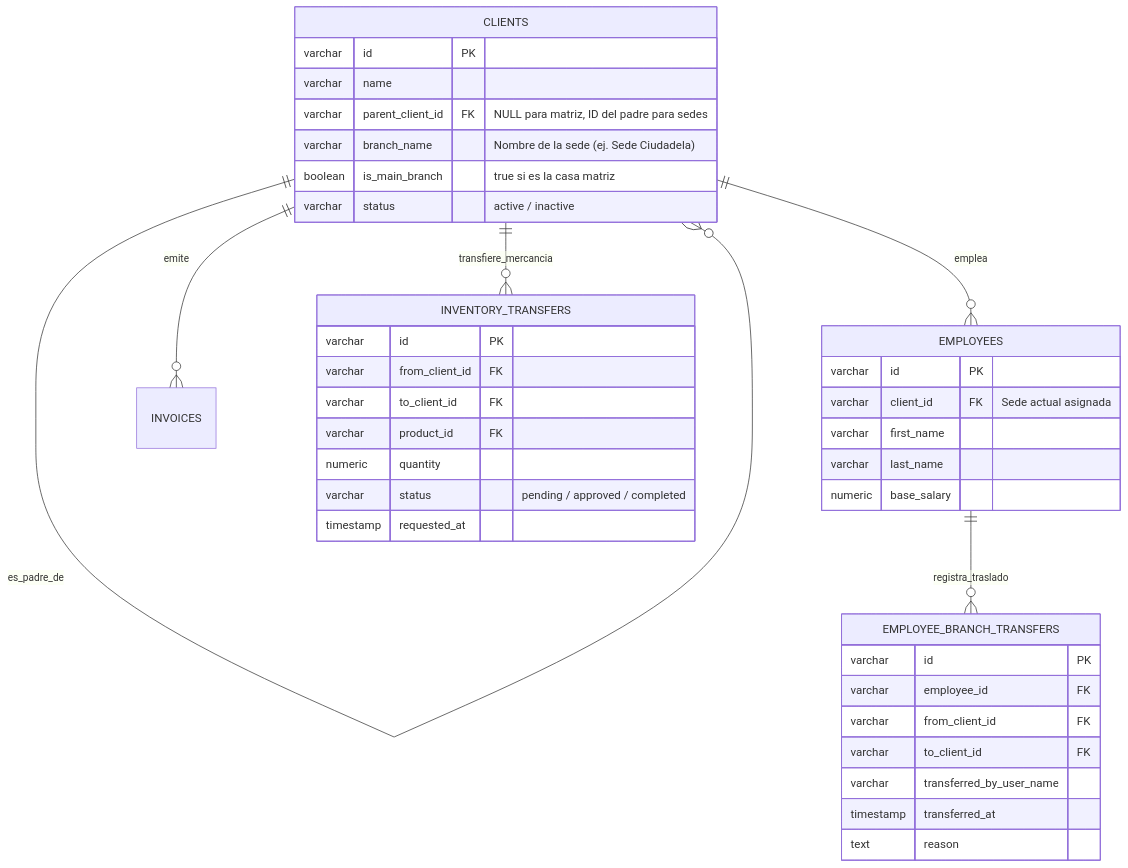
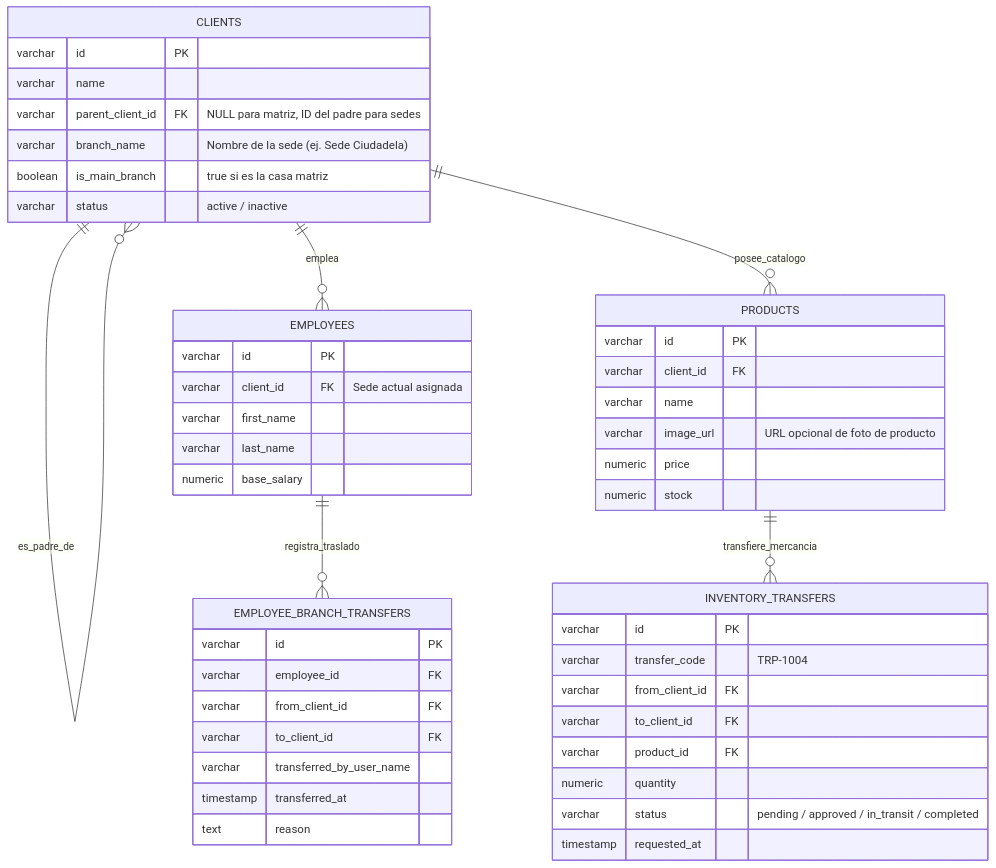
The diagram in docs/ARQUITECTURA_MULTI_SEDE_Y_TRASLADO_EMPLEADOS.md (Aizack/automation_agency), drawn with Mermaid before and after one commit. The commit also changed other lines of this file and 2 other files, not shown here.

Commit message:
docs: include all 6 elite features discussed in master roadmap document

````diff
--- a/docs/ARQUITECTURA_MULTI_SEDE_Y_TRASLADO_EMPLEADOS.md
+++ b/docs/ARQUITECTURA_MULTI_SEDE_Y_TRASLADO_EMPLEADOS.md
@@ -23,45 +25,55 @@
 ```mermaid
 erDiagram
     CLIENTS ||--o{ CLIENTS : "es_padre_de"
     CLIENTS ||--o{ EMPLOYEES : "emplea"
-    CLIENTS ||--o{ INVOICES : "emite"
+    CLIENTS ||--o{ PRODUCTS : "posee_catalogo"
     EMPLOYEES ||--o{ EMPLOYEE_BRANCH_TRANSFERS : "registra_traslado"
-    CLIENTS ||--o{ INVENTORY_TRANSFERS : "transfiere_mercancia"
+    PRODUCTS ||--o{ INVENTORY_TRANSFERS : "transfiere_mercancia"
+
+    PRODUCTS {
+        varchar id PK
+        varchar client_id FK
+        varchar name
+        varchar image_url "URL opcional de foto de producto"
+        numeric price
+        numeric stock
+    }
 
     CLIENTS {
         varchar id PK
         varchar name
         varchar parent_client_id FK "NULL para matriz, ID del padre para sedes"
         varchar branch_name "Nombre de la sede (ej. Sede Ciudadela)"
         boolean is_main_branch "true si es la casa matriz"
         varchar status "active / inactive"
     }
 
     EMPLOYEES {
         varchar id PK
         varchar client_id FK "Sede actual asignada"
         varchar first_name
         varchar last_name
         numeric base_salary
     }
 
     EMPLOYEE_BRANCH_TRANSFERS {
         varchar id PK
         varchar employee_id FK
         varchar from_client_id FK
         varchar to_client_id FK
         varchar transferred_by_user_name
         timestamp transferred_at
         text reason
     }
 
     INVENTORY_TRANSFERS {
         varchar id PK
+        varchar transfer_code "TRP-1004"
         varchar from_client_id FK
         varchar to_client_id FK
         varchar product_id FK
         numeric quantity
-        varchar status "pending / approved / completed"
+        varchar status "pending / approved / in_transit / completed"
         timestamp requested_at
     }
 ```
````
